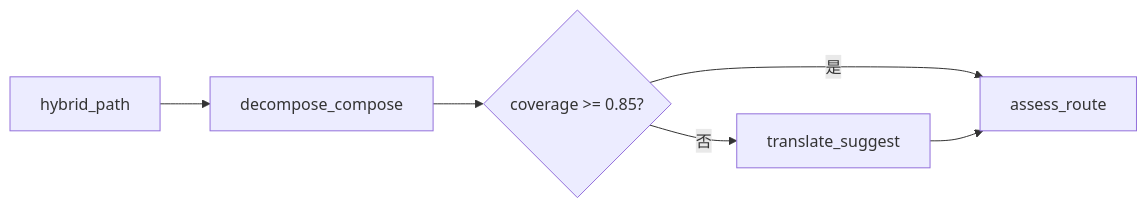
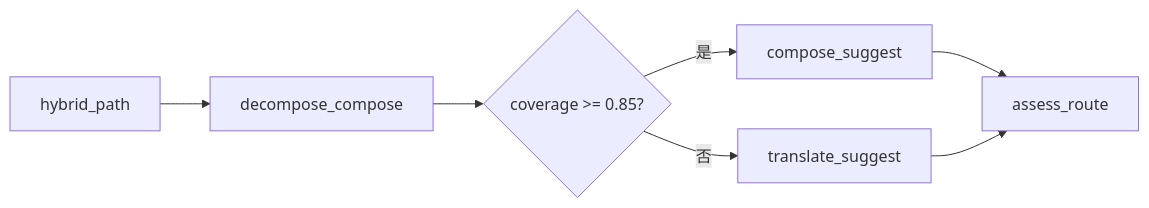
The eighth of 8 diagrams in terminology-agent/app/graph/pre_translate/README.md (deosiree/translationtool), drawn with Mermaid before and after one commit. The commit also changed other lines of this file and 34 other files, not shown here.

````diff
--- a/terminology-agent/app/graph/pre_translate/README.md
+++ b/terminology-agent/app/graph/pre_translate/README.md
@@ -217,8 +227,9 @@
 ```mermaid
 flowchart LR
   HY[hybrid_path] --> DC[decompose_compose]
   DC --> COV{coverage >= 0.85?}
-  COV -->|是| AR[assess_route]
+  COV -->|是| CS[compose_suggest]
   COV -->|否| LLM[translate_suggest]
+  CS --> AR[assess_route]
   LLM --> AR
 ```
````
